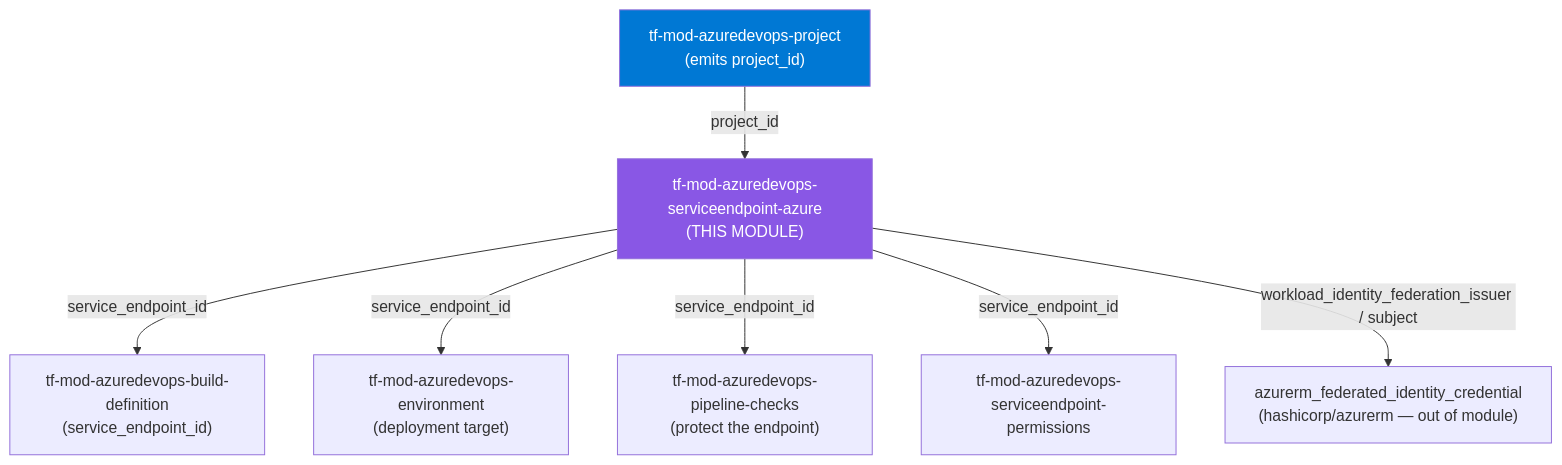
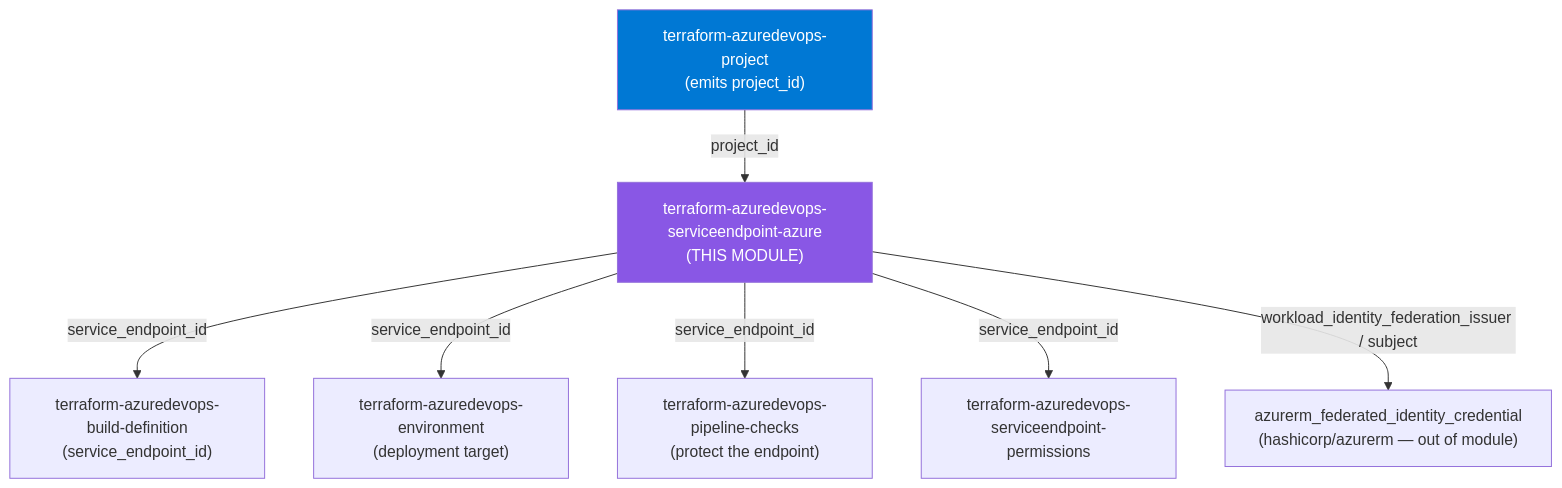
Before and after one commit to microsoftexpert/terraform-azuredevops-serviceendpoint-azure: the first of 2 diagrams in README.md, drawn with Mermaid. The commit also changed other lines of this file and 2 other files, not shown here.

````diff
--- a/README.md
+++ b/README.md
@@ -40,20 +40,20 @@
 ```mermaid
 flowchart TD
- project["tf-mod-azuredevops-project<br/>(emits project_id)"]
- se["tf-mod-azuredevops-serviceendpoint-azure<br/>(THIS MODULE)"]
- build["tf-mod-azuredevops-build-definition<br/>(service_endpoint_id)"]
- env["tf-mod-azuredevops-environment<br/>(deployment target)"]
- checks["tf-mod-azuredevops-pipeline-checks<br/>(protect the endpoint)"]
- perms["tf-mod-azuredevops-serviceendpoint-permissions"]
+ project["terraform-azuredevops-project<br/>(emits project_id)"]
+ se["terraform-azuredevops-serviceendpoint-azure<br/>(THIS MODULE)"]
+ build["terraform-azuredevops-build-definition<br/>(service_endpoint_id)"]
+ env["terraform-azuredevops-environment<br/>(deployment target)"]
+ checks["terraform-azuredevops-pipeline-checks<br/>(protect the endpoint)"]
+ perms["terraform-azuredevops-serviceendpoint-permissions"]
  fed["azurerm_federated_identity_credential<br/>(hashicorp/azurerm — out of module)"]
 
  project -->|project_id| se
  se -->|service_endpoint_id| build
  se -->|service_endpoint_id| env
  se -->|service_endpoint_id| checks
  se -->|service_endpoint_id| perms
  se -->|workload_identity_federation_issuer / subject| fed
 
  style se fill:#8957E5,color:#fff
  style project fill:#0078D4,color:#fff
 ```
````
